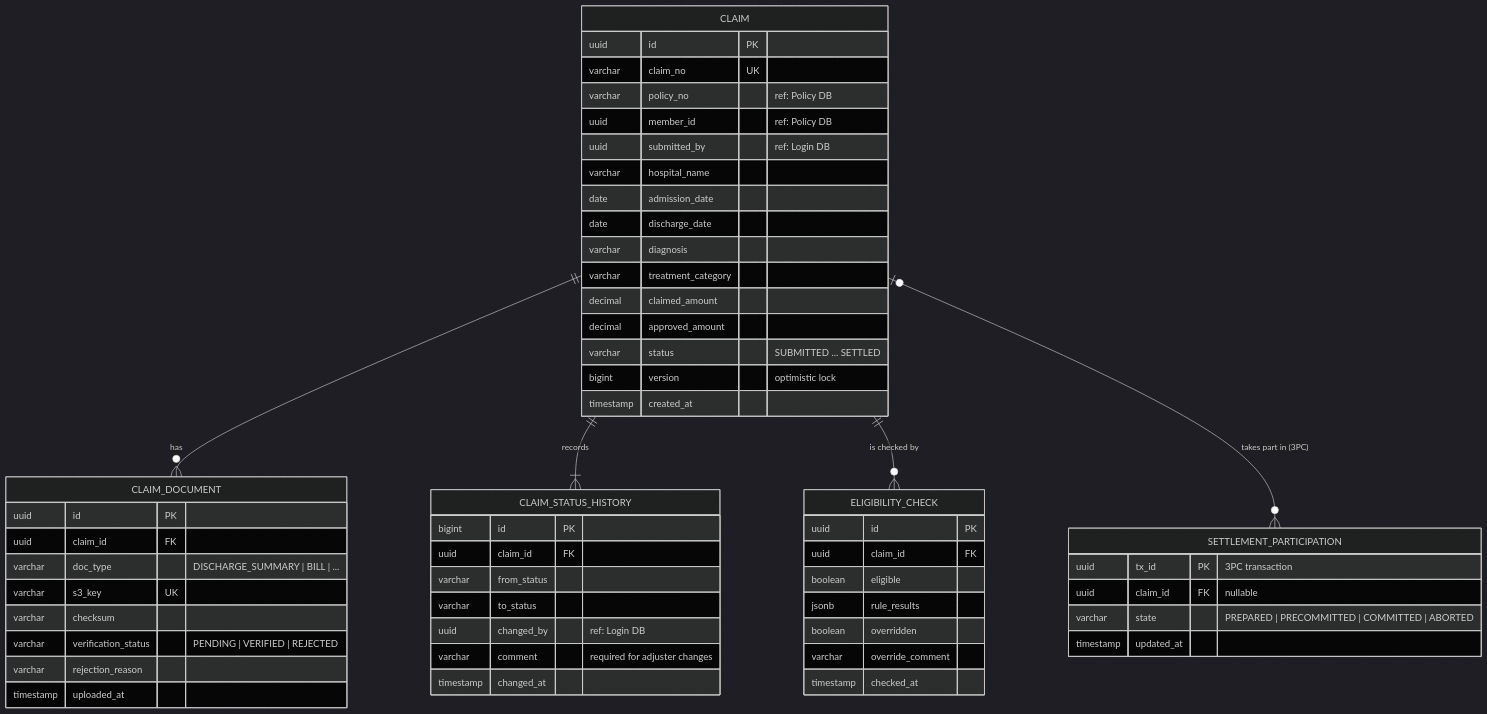
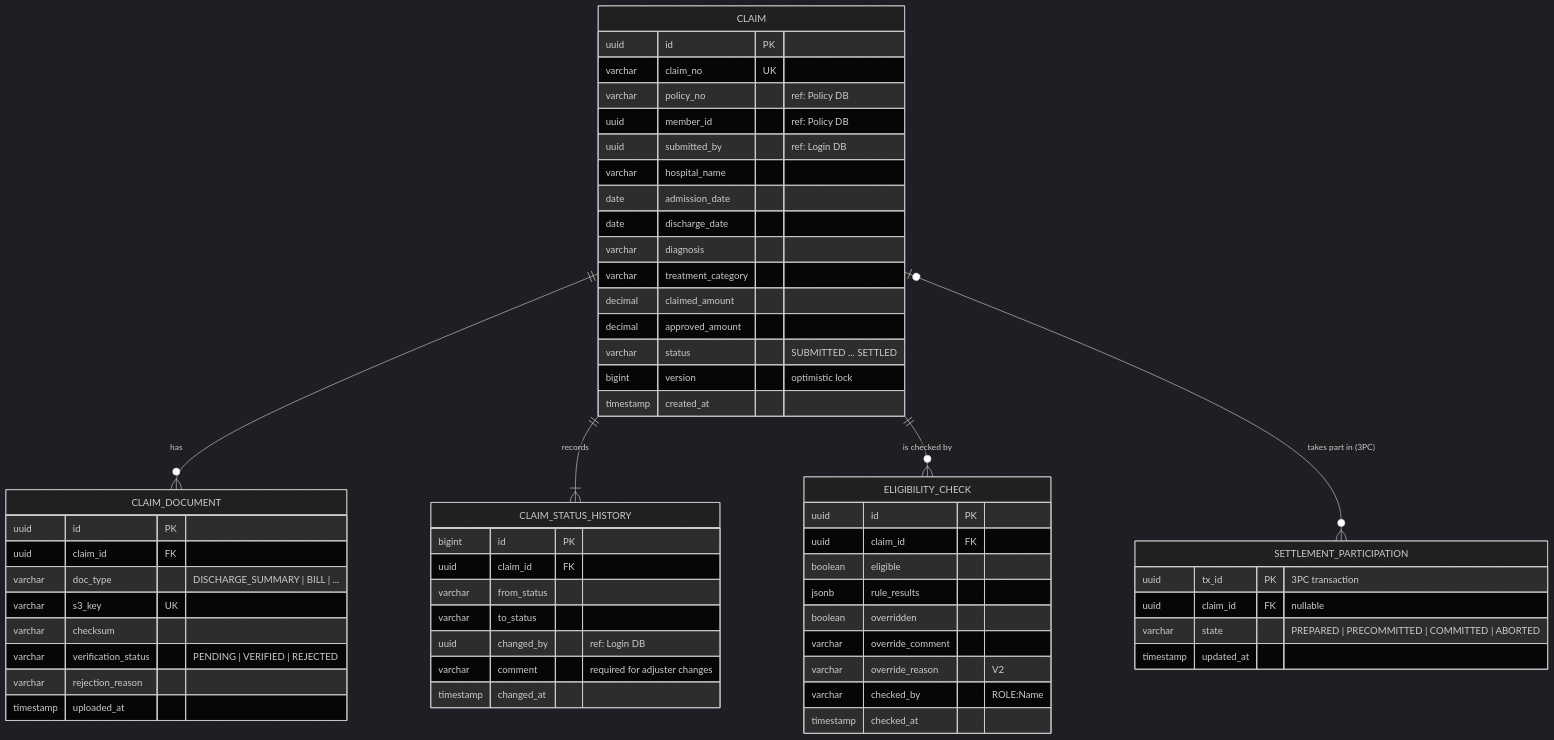
The diagram in docs/diagrams/src/er-claims.mmd (Krisha-cmd/Insurance-claim), drawn with Mermaid (dark theme) before and after one commit. The commit also changed 65 other files, not shown here.

```diff
--- a/docs/diagrams/src/er-claims.mmd
+++ b/docs/diagrams/src/er-claims.mmd
@@ -1,57 +1,60 @@
-%% Source: README.md, "Claim Database". Corrected from V1__init.sql: settlement_participation.claim_id is nullable (abort tombstone).
+%% Source: README.md, "Claim Database". Corrected from V1__init.sql: settlement_participation.claim_id is nullable (abort tombstone);
+%% eligibility_check gains checked_by (V1) and override_reason (V2).
 erDiagram
     CLAIM ||--o{ CLAIM_DOCUMENT : "has"
     CLAIM ||--|{ CLAIM_STATUS_HISTORY : "records"
     CLAIM ||--o{ ELIGIBILITY_CHECK : "is checked by"
     CLAIM |o--o{ SETTLEMENT_PARTICIPATION : "takes part in (3PC)"
     CLAIM {
         uuid id PK
         varchar claim_no UK
         varchar policy_no "ref: Policy DB"
         uuid member_id "ref: Policy DB"
         uuid submitted_by "ref: Login DB"
         varchar hospital_name
         date admission_date
         date discharge_date
         varchar diagnosis
         varchar treatment_category
         decimal claimed_amount
         decimal approved_amount
         varchar status "SUBMITTED ... SETTLED"
         bigint version "optimistic lock"
         timestamp created_at
     }
     CLAIM_DOCUMENT {
         uuid id PK
         uuid claim_id FK
         varchar doc_type "DISCHARGE_SUMMARY | BILL | ..."
         varchar s3_key UK
         varchar checksum
         varchar verification_status "PENDING | VERIFIED | REJECTED"
         varchar rejection_reason
         timestamp uploaded_at
     }
     CLAIM_STATUS_HISTORY {
         bigint id PK
         uuid claim_id FK
         varchar from_status
         varchar to_status
         uuid changed_by "ref: Login DB"
         varchar comment "required for adjuster changes"
         timestamp changed_at
     }
     ELIGIBILITY_CHECK {
         uuid id PK
         uuid claim_id FK
         boolean eligible
         jsonb rule_results
         boolean overridden
         varchar override_comment
+        varchar override_reason "V2"
+        varchar checked_by "ROLE:Name"
         timestamp checked_at
     }
     SETTLEMENT_PARTICIPATION {
         uuid tx_id PK "3PC transaction"
         uuid claim_id FK "nullable"
         varchar state "PREPARED | PRECOMMITTED | COMMITTED | ABORTED"
         timestamp updated_at
     }
```
